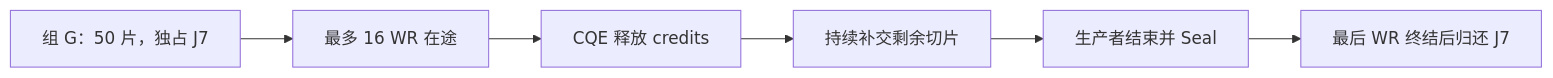
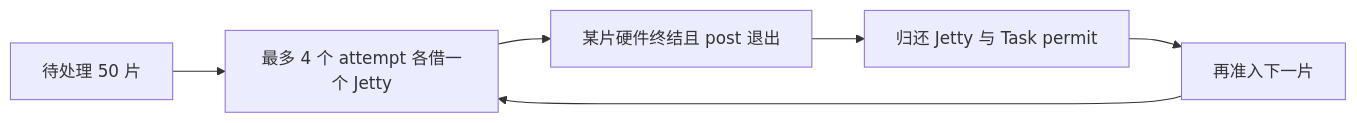
One commit to HangCong126/Supercache changed the sixth of 8 diagrams in docs/analyze/tent-ub-rm-jetty-pool-design.md. Above: the diagram before and after it, drawn with Mermaid. The commit also changed other lines of this file, not shown here.

Commit message:
revise TENT RM jetty design for exclusive slice leases

````diff
--- a/docs/analyze/tent-ub-rm-jetty-pool-design.md
+++ b/docs/analyze/tent-ub-rm-jetty-pool-design.md
@@ -235,8 +230,8 @@
 ```mermaid
 flowchart LR
-    G["组 G：50 片，独占 J7"] --> P0["最多 16 WR 在途"]
-    P0 --> CQ["CQE 释放 credits"]
-    CQ --> P1["持续补交剩余切片"]
-    P1 --> Last["生产者结束并 Seal"]
-    Last --> Done["最后 WR 终结后归还 J7"]
+    Q["待处理 50 片"] --> First["最多 4 个 attempt 各借一个 Jetty"]
+    First --> CQ["某片硬件终结且 post 退出"]
+    CQ --> Return["归还 Jetty 与 Task permit"]
+    Return --> Next["再准入下一片"]
+    Next --> First
 ```
````
